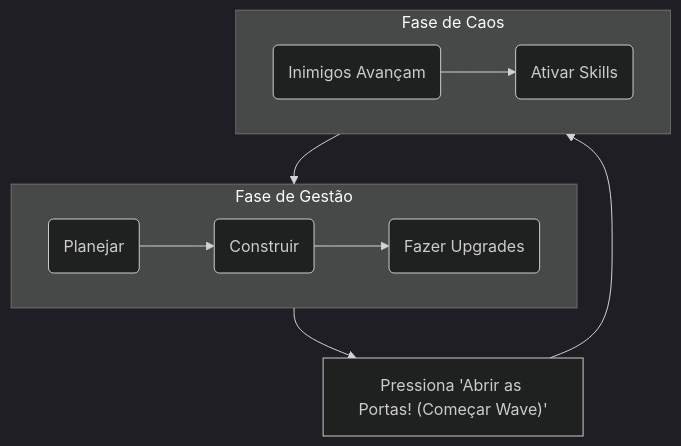
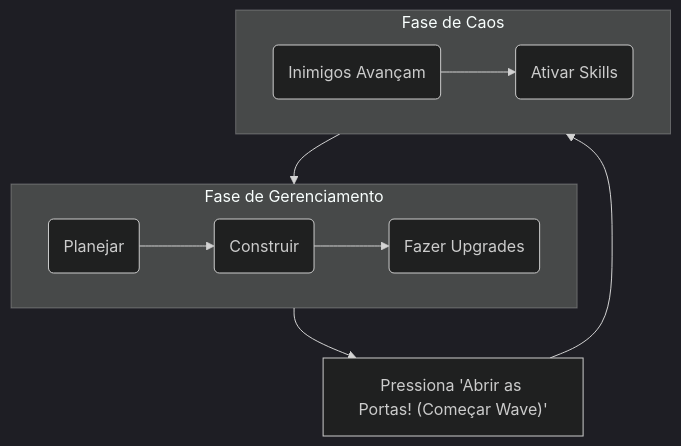
One commit to KaueKKL/Dealers-TD changed the diagram in README.md. Above: the diagram before and after it, drawn with Mermaid (dark theme).

````diff
--- a/README.md
+++ b/README.md
@@ -32,15 +32,15 @@
 ```mermaid
 graph TD
     A[Fase de Gerenciamento] --> C["Pressiona 'Abrir as Portas! (Começar Wave)'"] --> B[Fase de Caos]
     B --> A
 
-    subgraph A [Fase de Gestão]
+    subgraph A [Fase de Gerenciamento]
         direction LR
         A1(Planejar) --> A2(Construir) --> A3(Fazer Upgrades)
     end
 
     subgraph B [Fase de Caos]
         direction LR
         B1(Inimigos Avançam) --> B2(Ativar Skills)
     end
 ```
````
